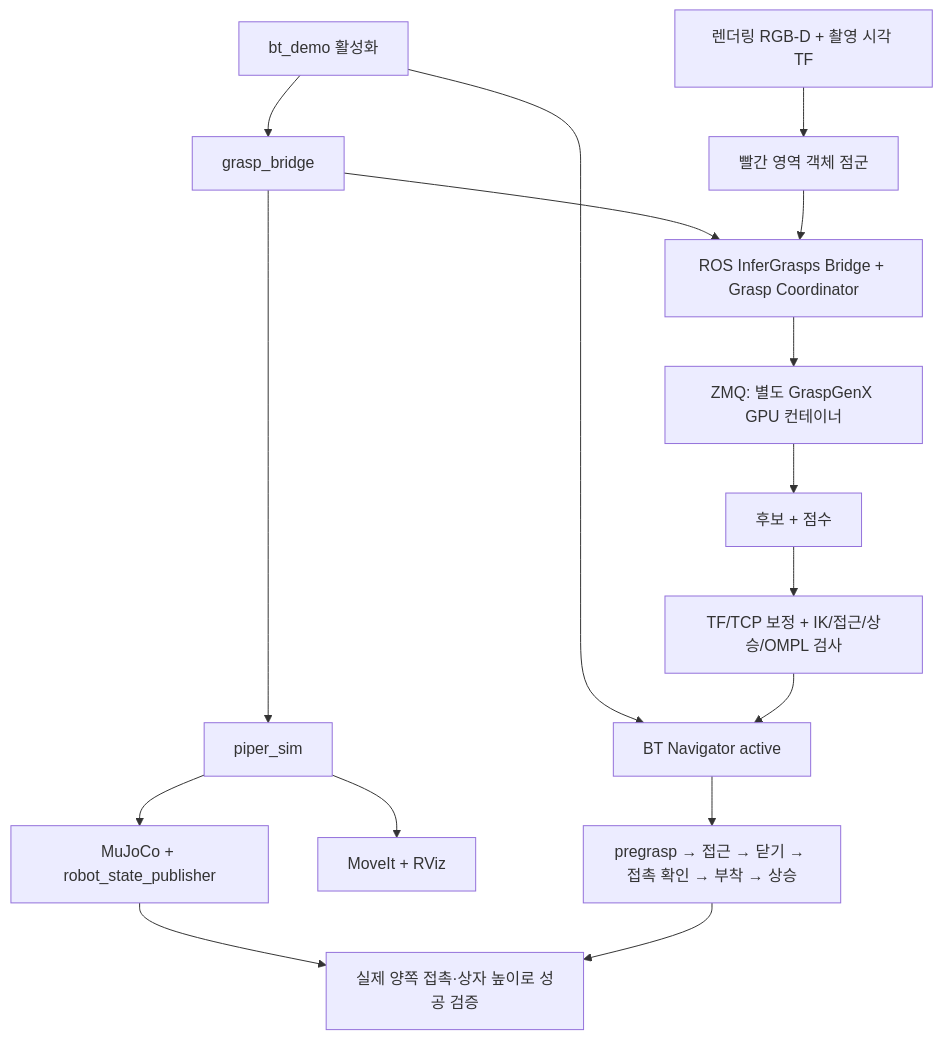
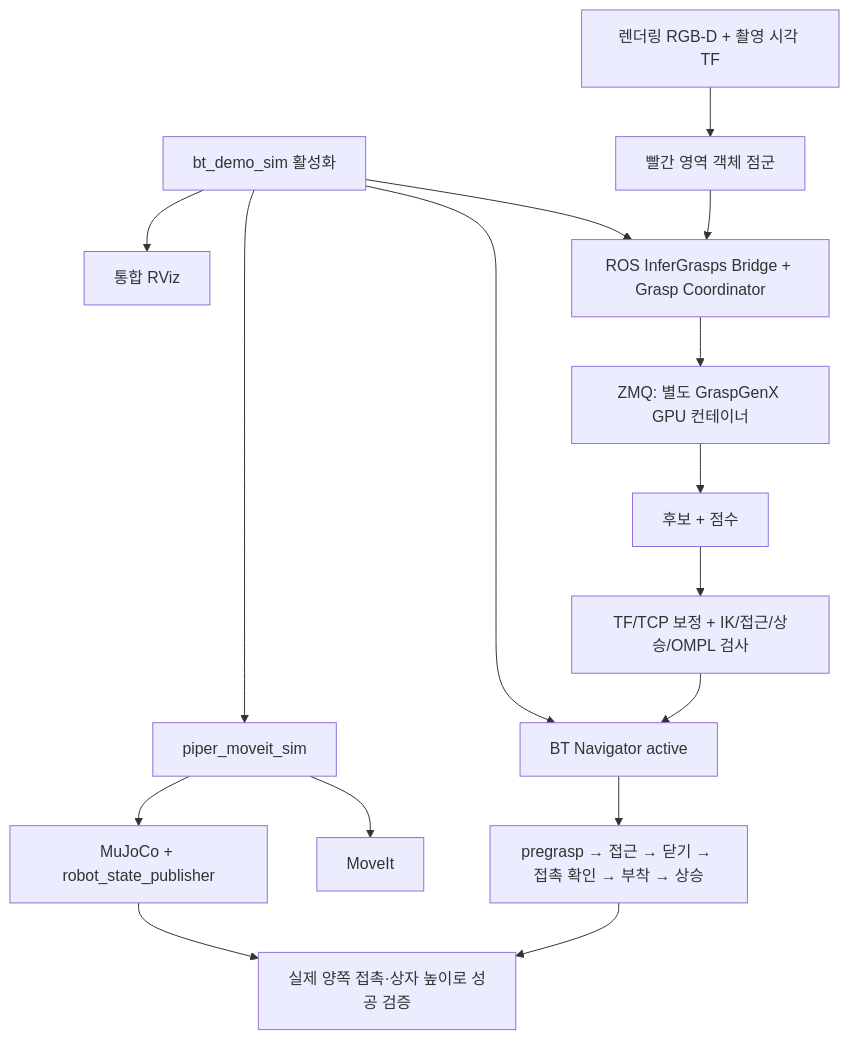
One commit to ggh-png/rwh_beyond changed the first of 2 diagrams in docs/depth-bt-flow.md. Above: the diagram before and after it, drawn with Mermaid. The commit also changed other lines of this file and 20 other files, not shown here.

Commit message:
Reorganize project docs around containers, model data and code flow

````diff
--- a/docs/depth-bt-flow.md
+++ b/docs/depth-bt-flow.md
@@ -6,18 +9,18 @@
 ```mermaid
 flowchart TD
-  U[bt_demo 활성화] --> G[grasp_bridge]
-  G --> P[piper_sim]
+  U[bt_demo_sim 활성화] --> P[piper_moveit_sim]
   P --> S[MuJoCo + robot_state_publisher]
-  P --> M[MoveIt + RViz]
-  G --> B[ROS InferGrasps Bridge + Grasp Coordinator]
+  P --> M[MoveIt]
+  U --> RV[통합 RViz]
+  U --> B[ROS InferGrasps Bridge + Grasp Coordinator]
   U --> N[BT Navigator active]
   D[렌더링 RGB-D + 촬영 시각 TF] --> R[빨간 영역 객체 점군]
   R --> B
   B --> Z[ZMQ: 별도 GraspGenX GPU 컨테이너]
   Z --> C[후보 + 점수]
   C --> K[TF/TCP 보정 + IK/접근/상승/OMPL 검사]
   K --> N
   N --> A[pregrasp → 접근 → 닫기 → 접촉 확인 → 부착 → 상승]
   S --> V[실제 양쪽 접촉·상자 높이로 성공 검증]
   A --> V
 ```
````
